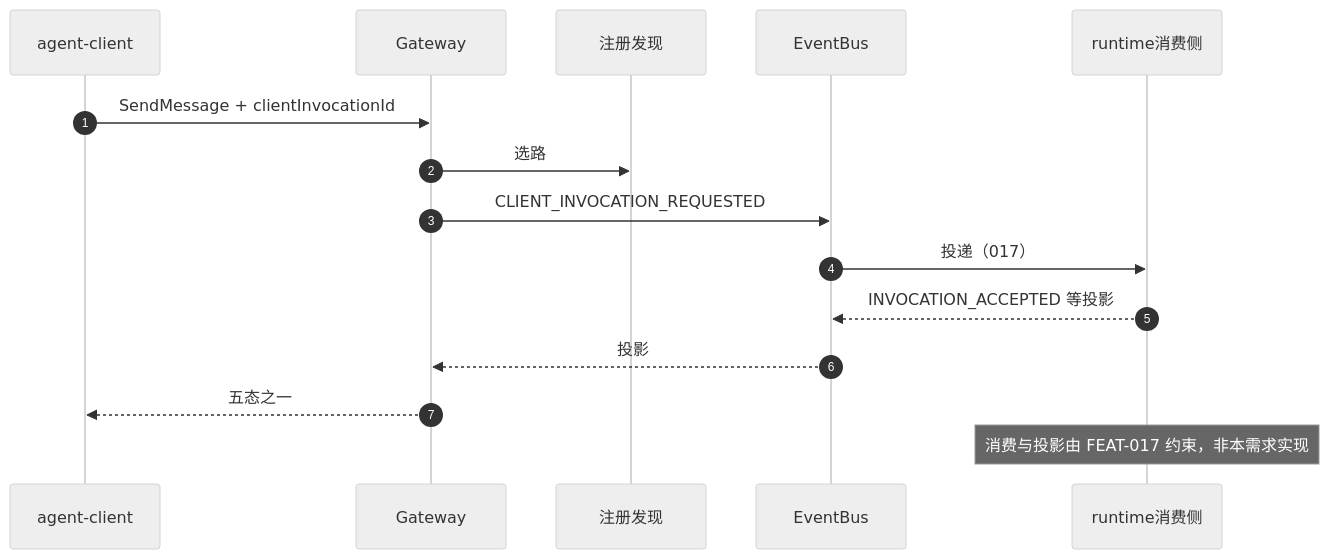
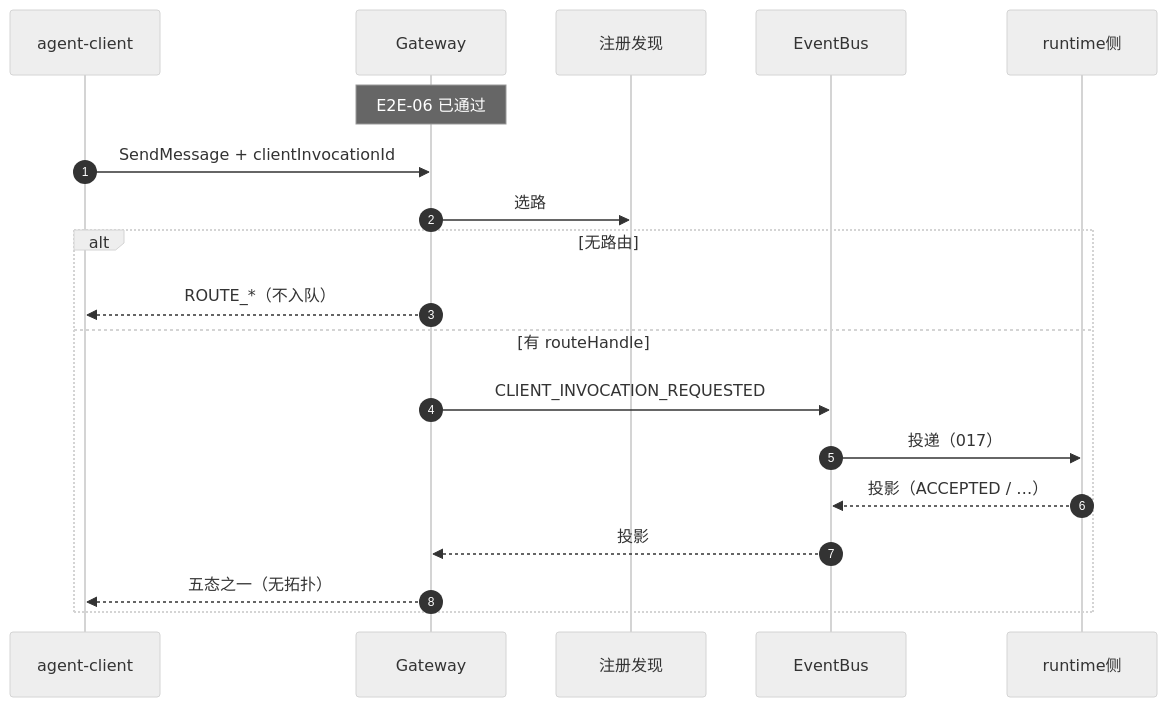
Before and after one commit to chaosxingxc-orion/spring-ai-ascend: the first of 2 diagrams in architecture/L2-Low-Level-Design/agent-gateway/feat-012-client-invocation-bus-forwarding.md, drawn with Mermaid (neutral theme). The commit also changed other lines of this file and 1 other file, not shown here.

````diff
--- a/architecture/L2-Low-Level-Design/agent-gateway/feat-012-client-invocation-bus-forwarding.md
+++ b/architecture/L2-Low-Level-Design/agent-gateway/feat-012-client-invocation-bus-forwarding.md
@@ -256,18 +328,22 @@
 ```mermaid
 sequenceDiagram
   autonumber
   participant C as agent-client
   participant GW as Gateway
   participant RDC as 注册发现
   participant BUS as EventBus
-  participant RT as runtime消费侧
+  participant RT as runtime侧
 
+  Note over GW: E2E-06 已通过
   C->>GW: SendMessage + clientInvocationId
   GW->>RDC: 选路
-  GW->>BUS: CLIENT_INVOCATION_REQUESTED
-  BUS->>RT: 投递（017）
-  RT-->>BUS: INVOCATION_ACCEPTED 等投影
-  BUS-->>GW: 投影
-  GW-->>C: 五态之一
-  Note over RT: 消费与投影由 FEAT-017 约束，非本需求实现
+  alt 无路由
+    GW-->>C: ROUTE_*（不入队）
+  else 有 routeHandle
+    GW->>BUS: CLIENT_INVOCATION_REQUESTED
+    BUS->>RT: 投递（017）
+    RT-->>BUS: 投影（ACCEPTED / …）
+    BUS-->>GW: 投影
+    GW-->>C: 五态之一（无拓扑）
+  end
 ```
````
